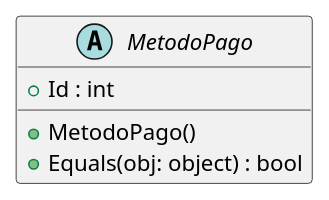
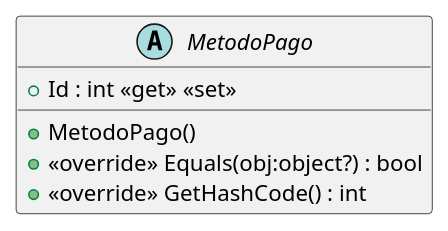
One commit to ISII2627NPA/ISII2627NPA changed the diagram in src/AppForSEII.API/ClassDiagram/MetodoPago.puml. Above: the diagram before and after it, drawn with PlantUML. The commit also changed 6 other files, not shown here.

Commit message:
Creación de la clase Visa, configuración en DbContext y diagrama UML

```diff
--- a/src/AppForSEII.API/ClassDiagram/MetodoPago.puml
+++ b/src/AppForSEII.API/ClassDiagram/MetodoPago.puml
@@ -1,7 +1,8 @@
 @startuml
 abstract class MetodoPago {
-    + Id : int
     + MetodoPago()
-    + Equals(obj: object) : bool
+    + Id : int <<get>> <<set>>
+    + <<override>> Equals(obj:object?) : bool
+    + <<override>> GetHashCode() : int
 }
 @enduml
```
